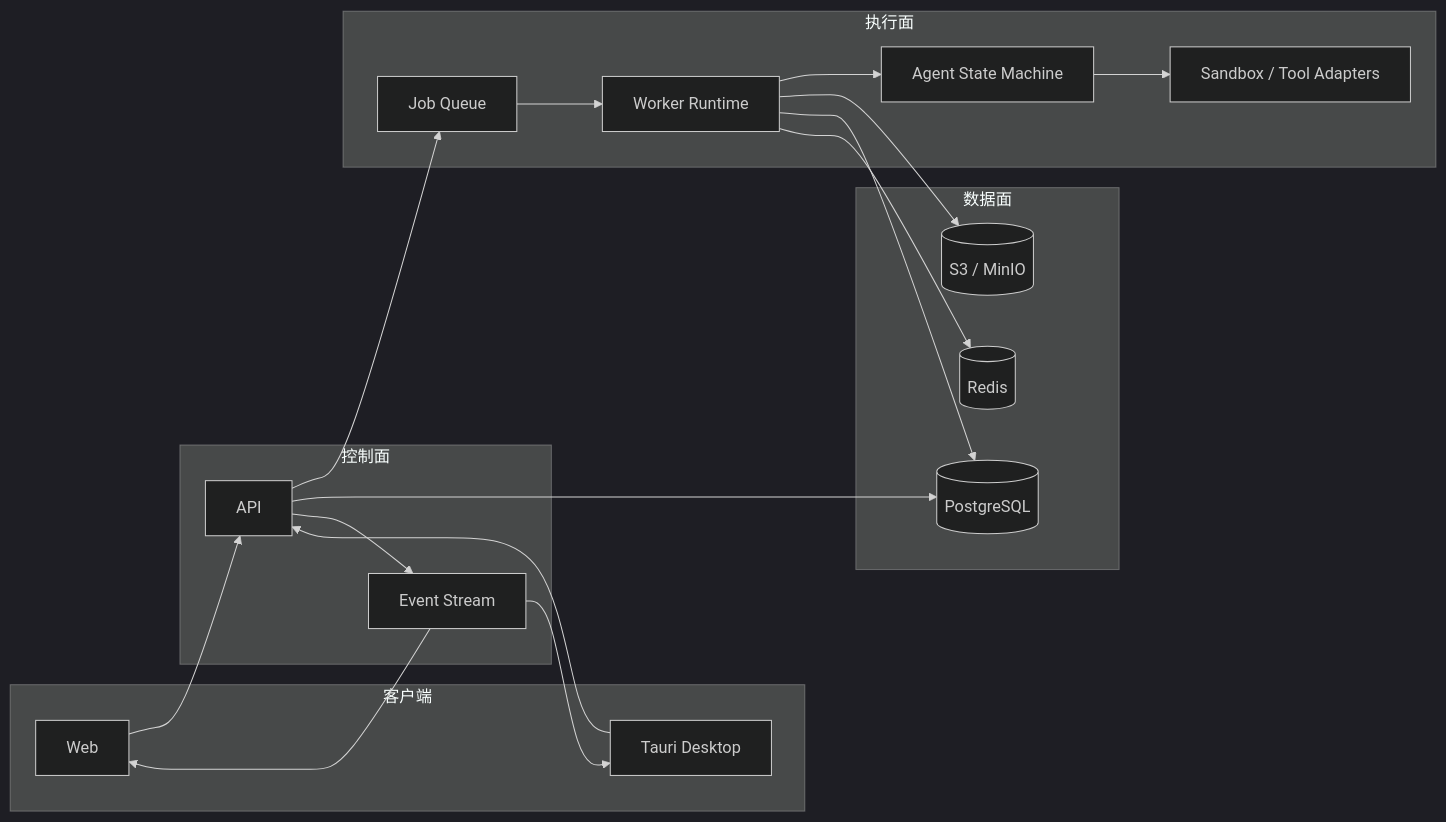
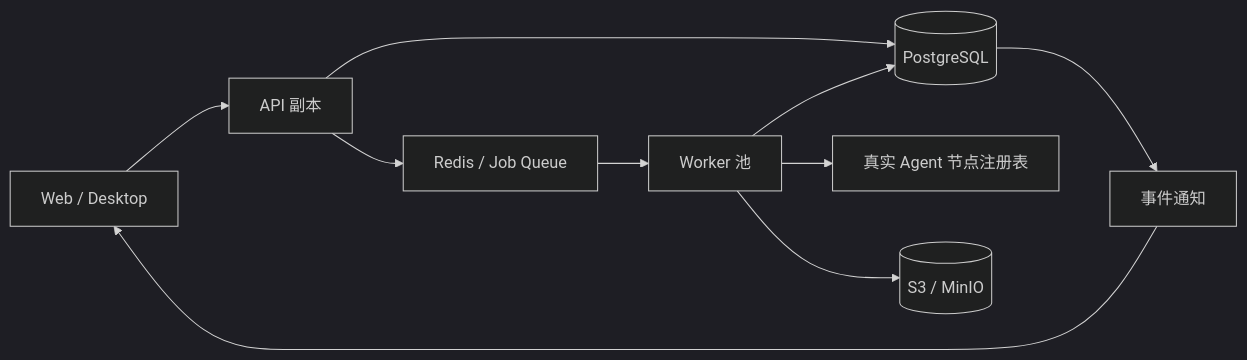
The second of 2 diagrams in docs/architecture/system-overview.md (IvanCodesDev/OpenMathModel), drawn with Mermaid (dark theme) before and after one commit. The commit also changed other lines of this file and 133 other files, not shown here.

````diff
--- a/docs/architecture/system-overview.md
+++ b/docs/architecture/system-overview.md
@@ -13,36 +212,12 @@
 ```mermaid
 flowchart LR
-  subgraph Clients["客户端"]
-    W["Web"]
-    T["Tauri Desktop"]
-  end
-  subgraph Control["控制面"]
-    A["API"]
-    E["Event Stream"]
-  end
-  subgraph Execution["执行面"]
-    Q["Job Queue"]
-    R["Worker Runtime"]
-    G["Agent State Machine"]
-    X["Sandbox / Tool Adapters"]
-  end
-  subgraph Data["数据面"]
-    P[("PostgreSQL")]
-    C[("Redis")]
-    O[("S3 / MinIO")]
-  end
-
-  W --> A
-  T --> A
-  A --> Q
-  A --> P
-  Q --> R
-  R --> G
-  G --> X
-  R --> O
-  R --> P
-  R --> C
-  A --> E
-  E --> W
-  E --> T
+  Clients["Web / Desktop"] --> API["API 副本"]
+  API --> PG[("PostgreSQL")]
+  API --> Queue["Redis / Job Queue"]
+  Queue --> Workers["Worker 池"]
+  Workers --> Agent["真实 Agent 节点注册表"]
+  Workers --> Object[("S3 / MinIO")]
+  Workers --> PG
+  PG --> Events["事件通知"]
+  Events --> Clients
 ```
````
